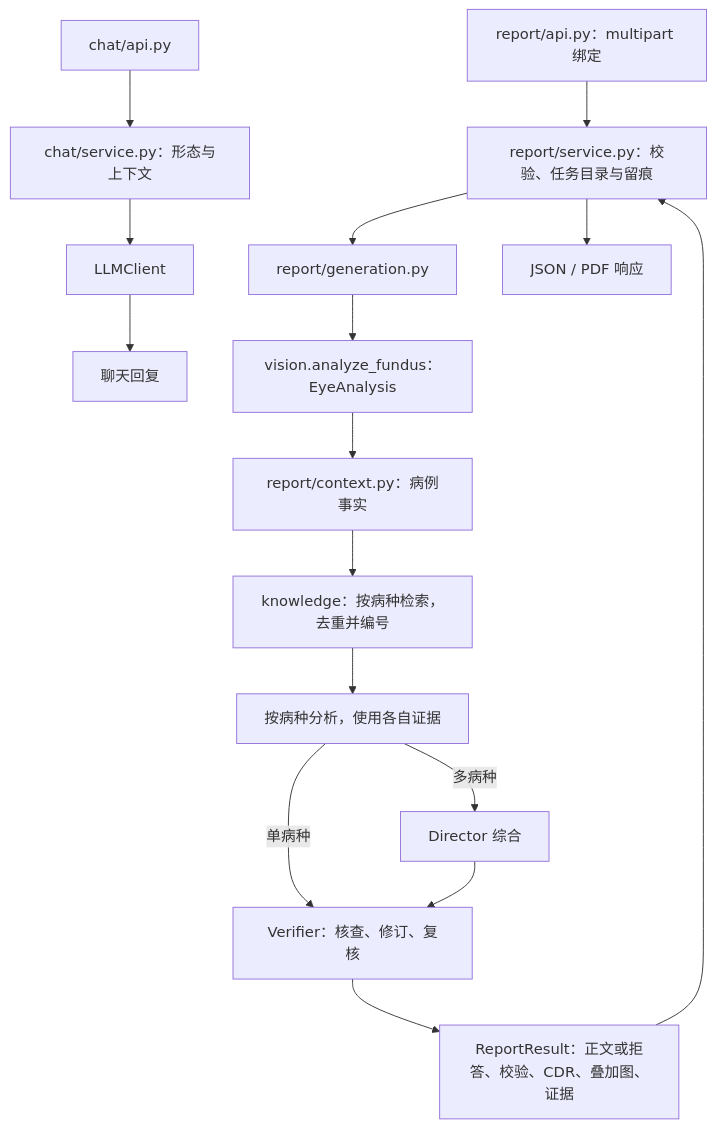
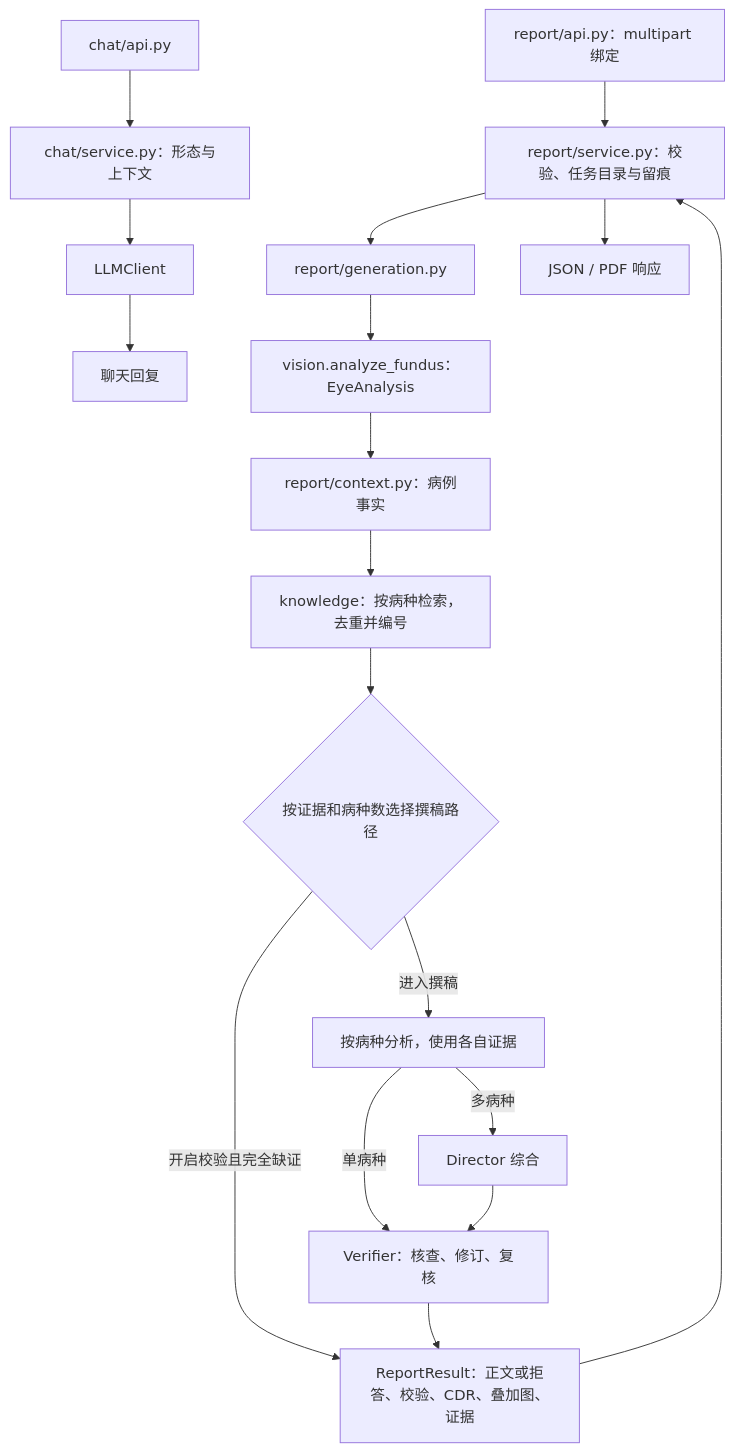
Before and after one commit to tpTwof/OcuPanel: the diagram in backend/README.md, drawn with Mermaid. The commit also changed 15 other files, not shown here.

````diff
--- a/backend/README.md
+++ b/backend/README.md
@@ -33,17 +33,19 @@
 ```mermaid
 flowchart TD
   Chat[chat/api.py] --> CS[chat/service.py：形态与上下文]
   CS --> L[LLMClient] --> Reply[聊天回复]
   R[report/api.py：multipart 绑定] --> RS[report/service.py：校验、任务目录与留痕]
   RS --> G[report/generation.py]
   G --> V[vision.analyze_fundus：EyeAnalysis]
   V --> C[report/context.py：病例事实]
   C --> K[knowledge：按病种检索，去重并编号]
-  K --> S[按病种分析，使用各自证据]
+  K --> Gd{按证据和病种数选择撰稿路径}
+  Gd -->|开启校验且完全缺证| Result
+  Gd -->|进入撰稿| S[按病种分析，使用各自证据]
   S -->|多病种| D[Director 综合]
   S -->|单病种| Q
   D --> Q[Verifier：核查、修订、复核]
   Q --> Result[ReportResult：正文或拒答、校验、CDR、叠加图、证据]
   Result --> RS
   RS --> Output[JSON / PDF 响应]
 ```
````
